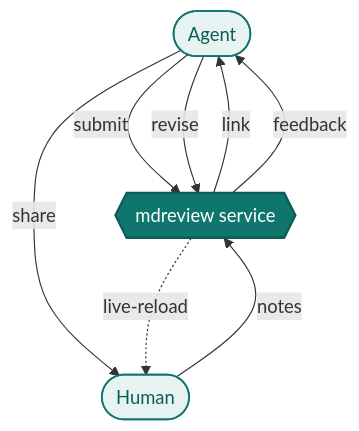
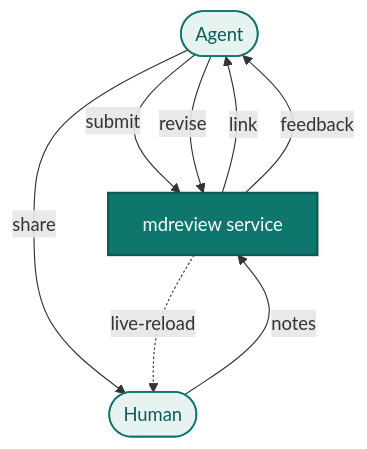
The diagram in _posts/2026-06-09-coding-agents-broken-feedback-loop.md (ranawaqas-ai/blog), drawn with Mermaid before and after one commit. The commit also changed 1 other file, not shown here.

Commit message:
fix: mermaid hexagon broke on blog (Jekyll Liquid ate {{ }}); use rectangle + note gotcha

````diff
--- a/_posts/2026-06-09-coding-agents-broken-feedback-loop.md
+++ b/_posts/2026-06-09-coding-agents-broken-feedback-loop.md
@@ -42,19 +42,19 @@
 ```mermaid
 %%{init: {'flowchart': {'rankSpacing': 95, 'nodeSpacing': 60, 'curve': 'basis'}}}%%
 flowchart TB
   A(["Agent"]):::agent
-  S{{"mdreview service"}}:::svc
+  S["mdreview service"]:::svc
   H(["Human"]):::human
 
   A -->|"submit"| S
   S -->|"link"| A
   A -->|"share"| H
   H -->|"notes"| S
   S -->|"feedback"| A
   A -->|"revise"| S
   S -.->|"live-reload"| H
 
   classDef agent fill:#e6f3f1,stroke:#0f766e,color:#0b5c55,stroke-width:1.5px
   classDef svc fill:#0f766e,stroke:#0b5c55,color:#ffffff,stroke-width:2px
   classDef human fill:#e6f3f1,stroke:#0f766e,color:#0b5c55,stroke-width:1.5px
 ```
````
